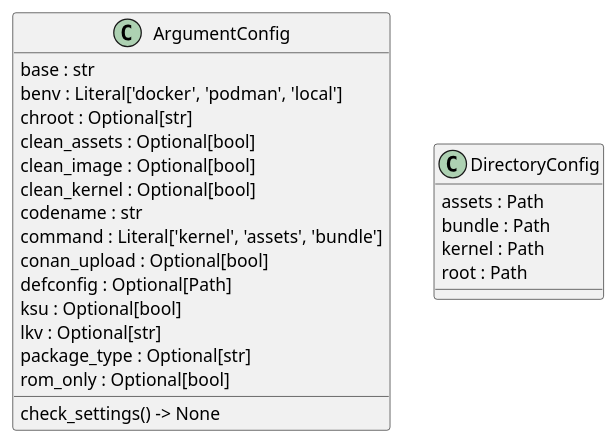
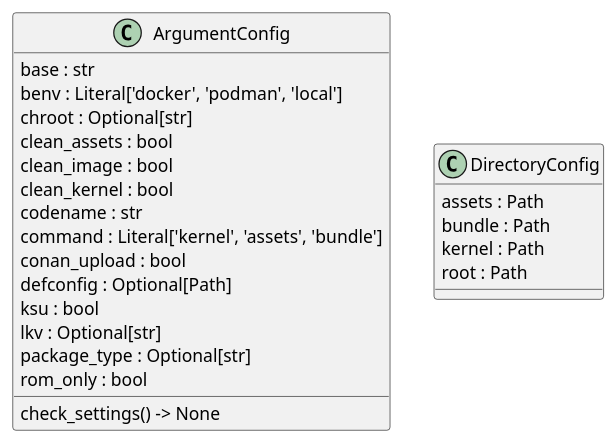
One commit to seppzer0/zero_kernel changed the diagram in docs/architecture/configs/classes.puml. Above: the diagram before and after it, drawn with PlantUML. The commit also changed 4 other files, not shown here.

Commit message:
docs: update plantuml docs

```diff
--- a/docs/architecture/configs/classes.puml
+++ b/docs/architecture/configs/classes.puml
@@ -1,26 +1,26 @@
 @startuml classes
 set namespaceSeparator none
 class "ArgumentConfig" as configs.argument.ArgumentConfig {
   base : str
   benv : Literal['docker', 'podman', 'local']
   chroot : Optional[str]
-  clean_assets : Optional[bool]
-  clean_image : Optional[bool]
-  clean_kernel : Optional[bool]
+  clean_assets : bool
+  clean_image : bool
+  clean_kernel : bool
   codename : str
   command : Literal['kernel', 'assets', 'bundle']
-  conan_upload : Optional[bool]
+  conan_upload : bool
   defconfig : Optional[Path]
-  ksu : Optional[bool]
+  ksu : bool
   lkv : Optional[str]
   package_type : Optional[str]
-  rom_only : Optional[bool]
+  rom_only : bool
   check_settings() -> None
 }
 class "DirectoryConfig" as configs.directory.DirectoryConfig {
   assets : Path
   bundle : Path
   kernel : Path
   root : Path
 }
 @enduml
```
